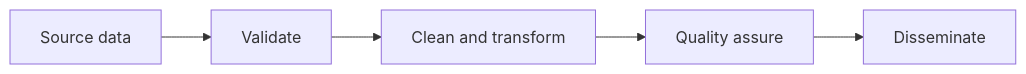
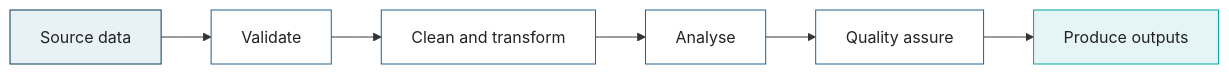
One commit to banksad/enhanced-rap-playbook changed the first of 3 diagrams in 01-understand/what-is-rap.qmd. Above: the diagram before and after it, drawn with Mermaid. The commit also changed other lines of this file and 2 other files, not shown here.

````diff
--- a/01-understand/what-is-rap.qmd
+++ b/01-understand/what-is-rap.qmd
@@ -29,7 +29,16 @@
 ```{mermaid}
 flowchart LR
-  A["Source data"] --> B["Validate"]
-  B --> C["Clean and transform"]
-  C --> D["Quality assure"]
-  D --> E["Disseminate"]
+A["Source data"] --> B["Validate"]
+B --> C["Clean and transform"]
+C --> D["Analyse"]
+D --> E["Quality assure"]
+E --> F["Produce outputs"]
+ 
+classDef input fill:#e8f1f5,stroke:#003c57,color:#222222
+classDef process fill:#ffffff,stroke:#206095,color:#222222
+classDef output fill:#e5f5f5,stroke:#00a3a6,color:#222222
+ 
+class A input
+class B,C,D,E process
+class F output
 ```
````
